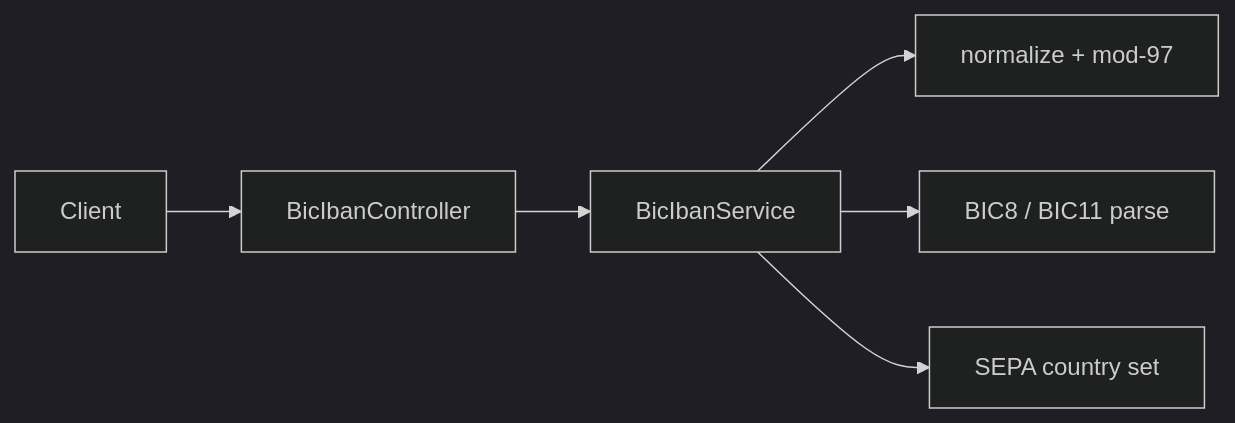
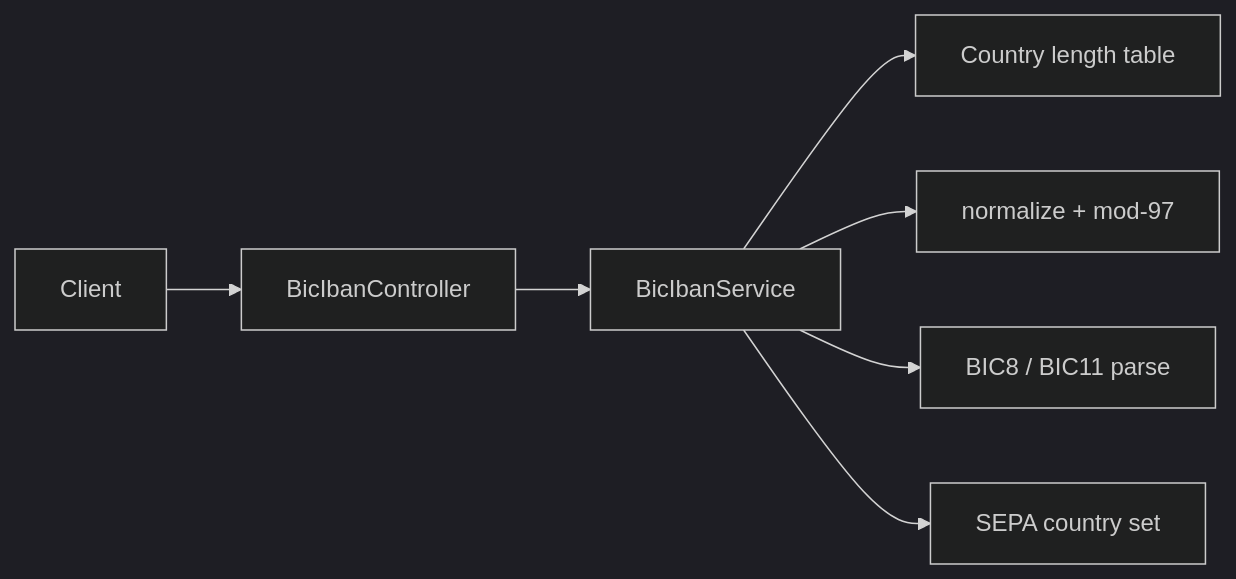
One commit to Dedmoo/bic-iban-toolkit changed the diagram in README.md. Above: the diagram before and after it, drawn with Mermaid (dark theme). The commit also changed other lines of this file and 1 other file, not shown here.

Commit message:
feat: national IBAN length checks and fuller API docs

````diff
--- a/README.md
+++ b/README.md
@@ -9,8 +9,9 @@
 ```mermaid
 flowchart LR
     Client --> API["BicIbanController"]
     API --> Svc["BicIbanService"]
+    Svc --> Len["Country length table"]
     Svc --> IBAN["normalize + mod-97"]
     Svc --> BIC["BIC8 / BIC11 parse"]
     Svc --> SEPA["SEPA country set"]
 ```
````
